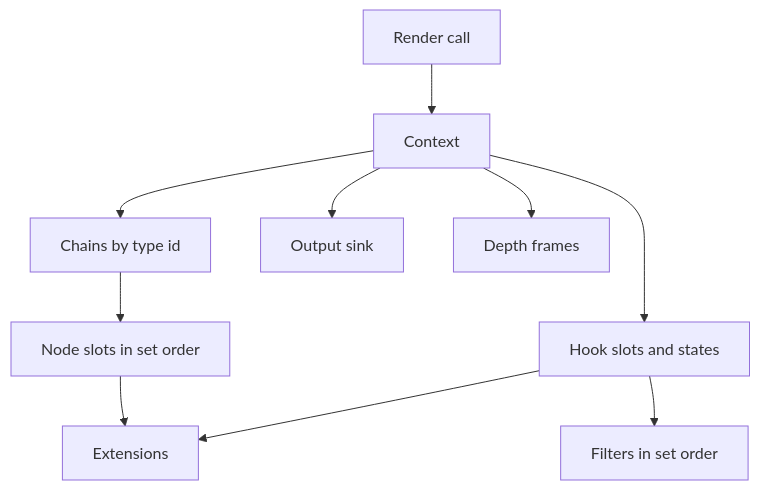
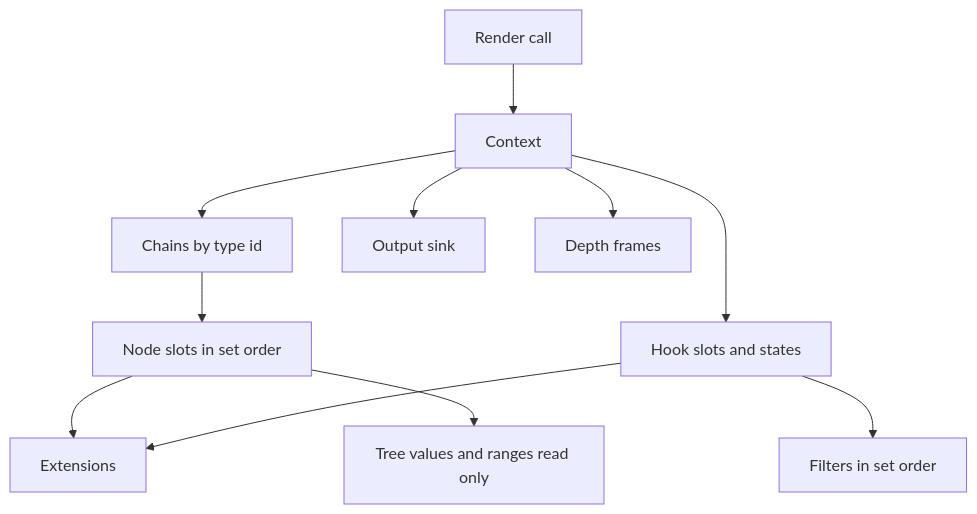
Before and after one commit to ktdevx/amark-private2: the fourth of 4 diagrams in .kiro/specs/html-renderer/design.md, drawn with Mermaid. The commit also changed other lines of this file and 6 other files, not shown here.

````diff
--- a/.kiro/specs/html-renderer/design.md
+++ b/.kiro/specs/html-renderer/design.md
@@ -606,12 +681,13 @@
 ```mermaid
 graph TB
     Call[Render call] --> Ctx[Context]
     Ctx --> Chains[Chains by type id]
     Ctx --> Hooks[Hook slots and states]
     Ctx --> Sink[Output sink]
     Ctx --> Depth[Depth frames]
     Chains --> NodeSlots[Node slots in set order]
     Hooks --> Filters[Filters in set order]
     NodeSlots --> Ext[Extensions]
     Hooks --> Ext
+    NodeSlots --> Values[Tree values and ranges read only]
 ```
````
